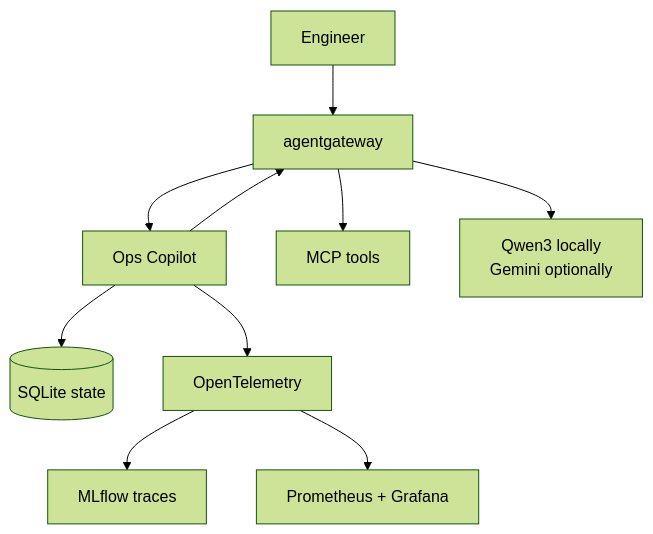
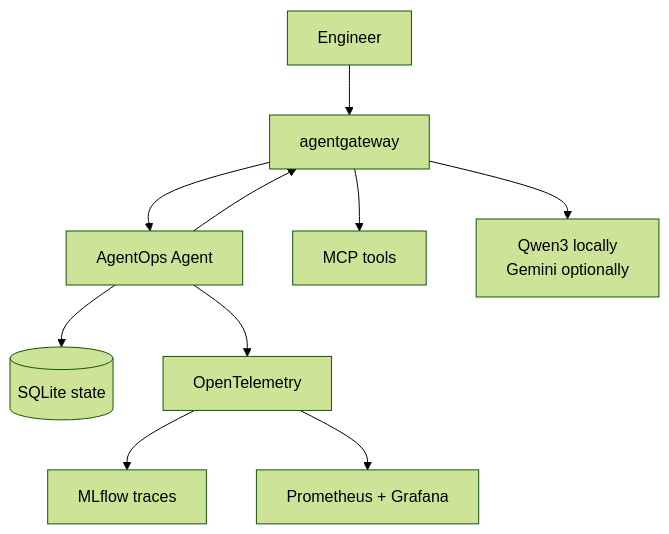
The diagram in docs/index.md (MLOps-Courses/agentops-open-course), drawn with Mermaid (forest theme) before and after one commit. The commit also changed other lines of this file and 139 other files, not shown here.

````diff
--- a/docs/index.md
+++ b/docs/index.md
@@ -24,12 +24,12 @@
 ```mermaid
 flowchart TD
     User[Engineer] --> Gateway[agentgateway]
-    Agent[Ops Copilot] --> Gateway
+    Agent[AgentOps Agent] --> Gateway
     Gateway --> MCP[MCP tools]
     Gateway --> Model[Qwen3 locally<br/>Gemini optionally]
     Gateway --> Agent
     Agent --> State[(SQLite state)]
     Agent --> OTel[OpenTelemetry]
     OTel --> MLflow[MLflow traces]
     OTel --> Metrics[Prometheus + Grafana]
 ```
````
